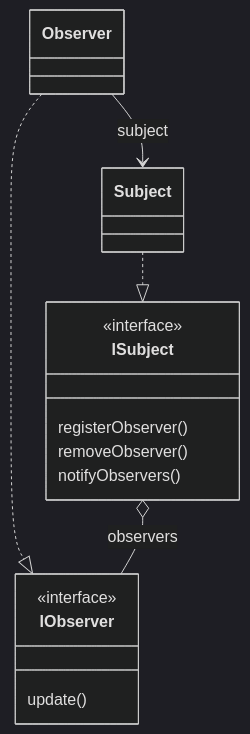
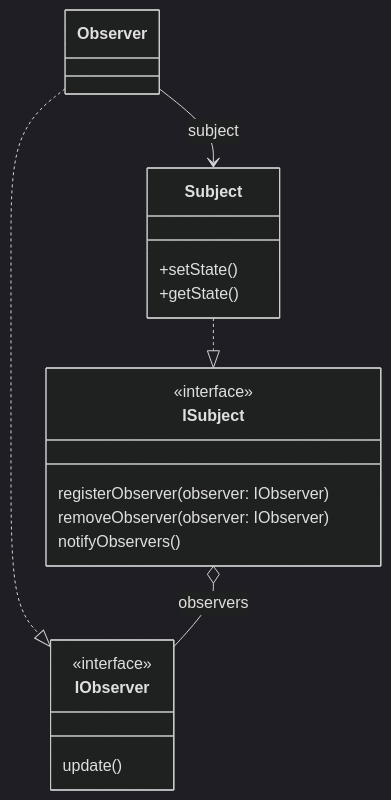
Before and after one commit to nick990/design-patterns: the diagram in observer/README.md, drawn with Mermaid (dark theme). The commit also changed 7 other files, not shown here.

````diff
--- a/observer/README.md
+++ b/observer/README.md
@@ -1,27 +1,30 @@
 ```mermaid
 classDiagram
 class ISubject {
   <<interface>>
-  registerObserver()
-  removeObserver()
+  registerObserver(observer: IObserver )
+  removeObserver(observer: IObserver )
   notifyObservers()
 }
 
-class Subject
+class Subject{
+    +setState()
+    +getState()
+}
 
 Subject ..|> ISubject
 
 class IObserver {
   <<interface>>
   update()
 }
 
 class Observer
 
 Observer ..|> IObserver
 
 ISubject o-- IObserver : observers
 
 Observer --> Subject : subject
 
 ```
````
